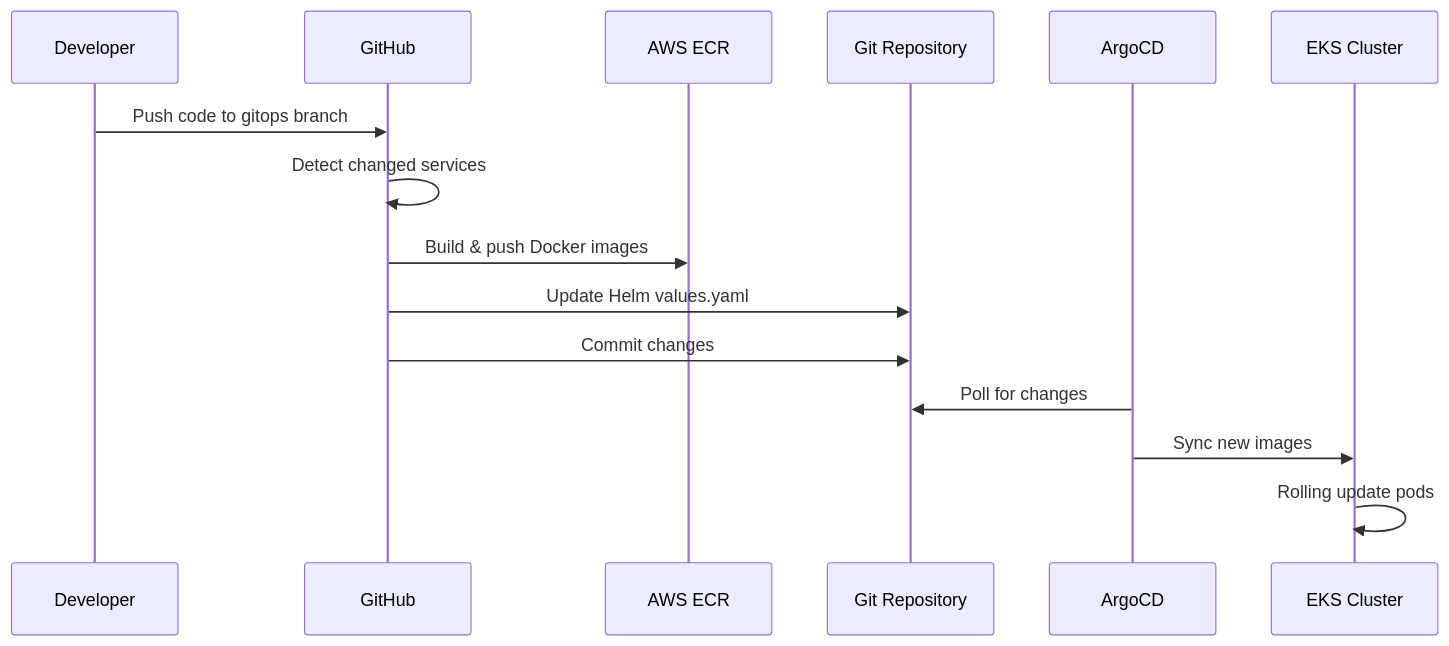
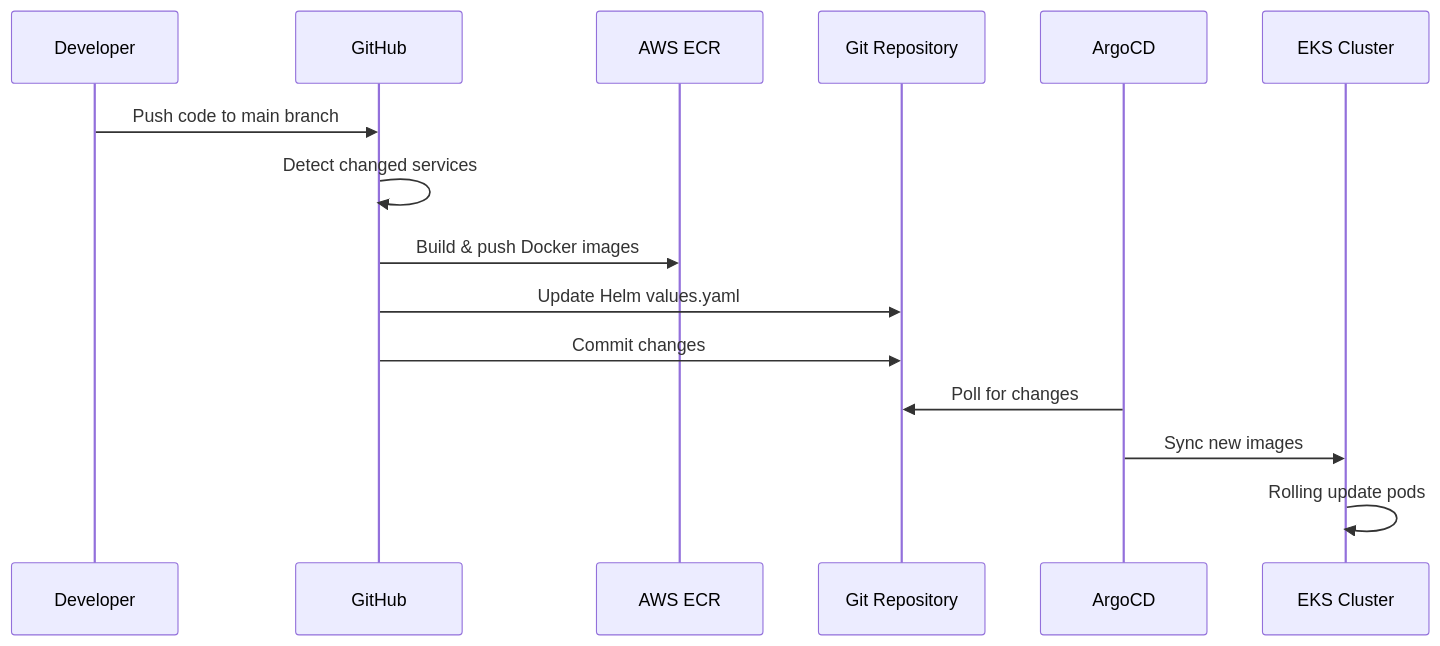
Before and after one commit to Sujal-SM/Retail-store-sample-app: the third of 5 diagrams in .github/workflows/README.md, drawn with Mermaid. The commit also changed other lines of this file and 1 other file, not shown here.

````diff
--- a/.github/workflows/README.md
+++ b/.github/workflows/README.md
@@ -85,18 +86,18 @@
 ```mermaid
 sequenceDiagram
     participant Dev as Developer
     participant GH as GitHub
     participant ECR as AWS ECR
     participant Repo as Git Repository
     participant ArgoCD as ArgoCD
     participant EKS as EKS Cluster
 
-    Dev->>GH: Push code to gitops branch
+    Dev->>GH: Push code to main branch
     GH->>GH: Detect changed services
     GH->>ECR: Build & push Docker images
     GH->>Repo: Update Helm values.yaml
     GH->>Repo: Commit changes
     ArgoCD->>Repo: Poll for changes
     ArgoCD->>EKS: Sync new images
     EKS->>EKS: Rolling update pods
 ```
````
